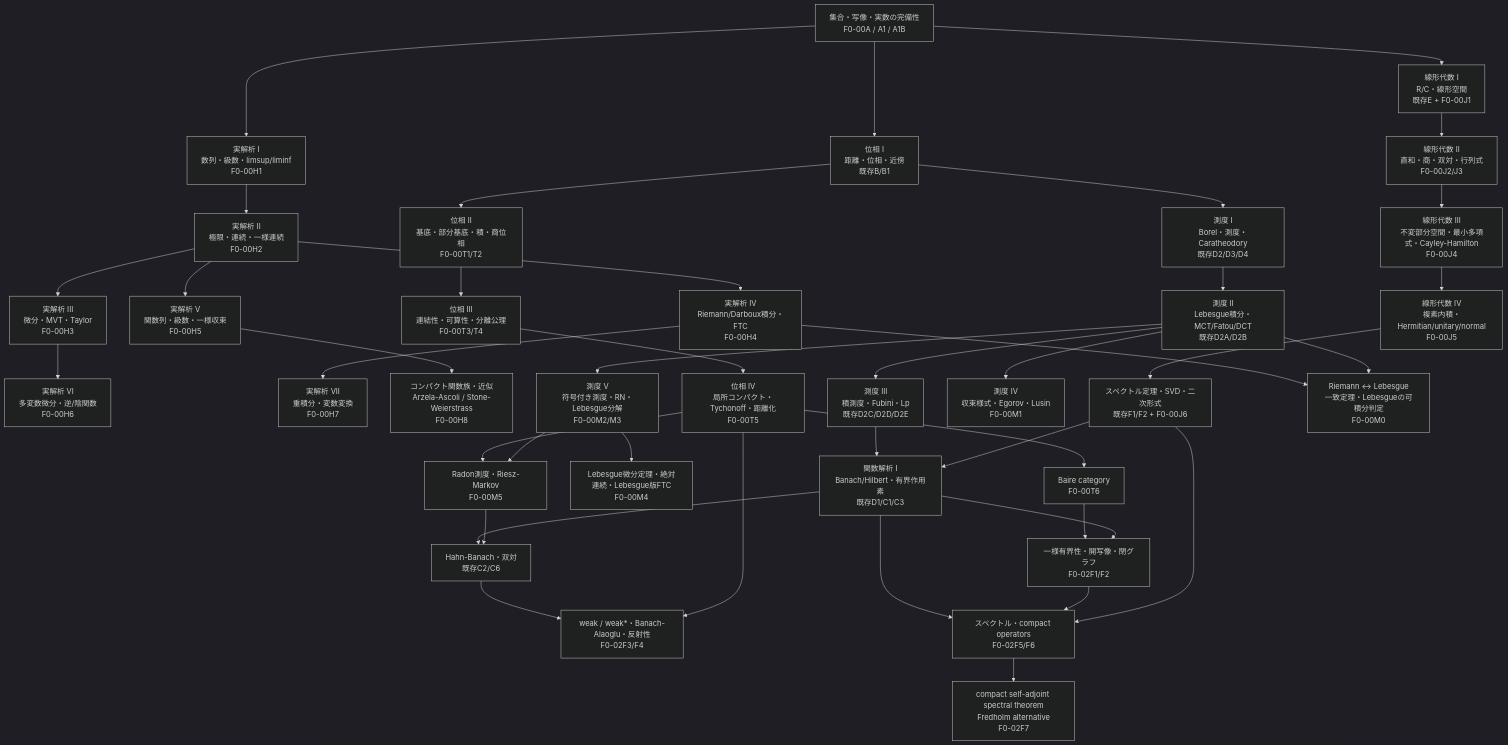
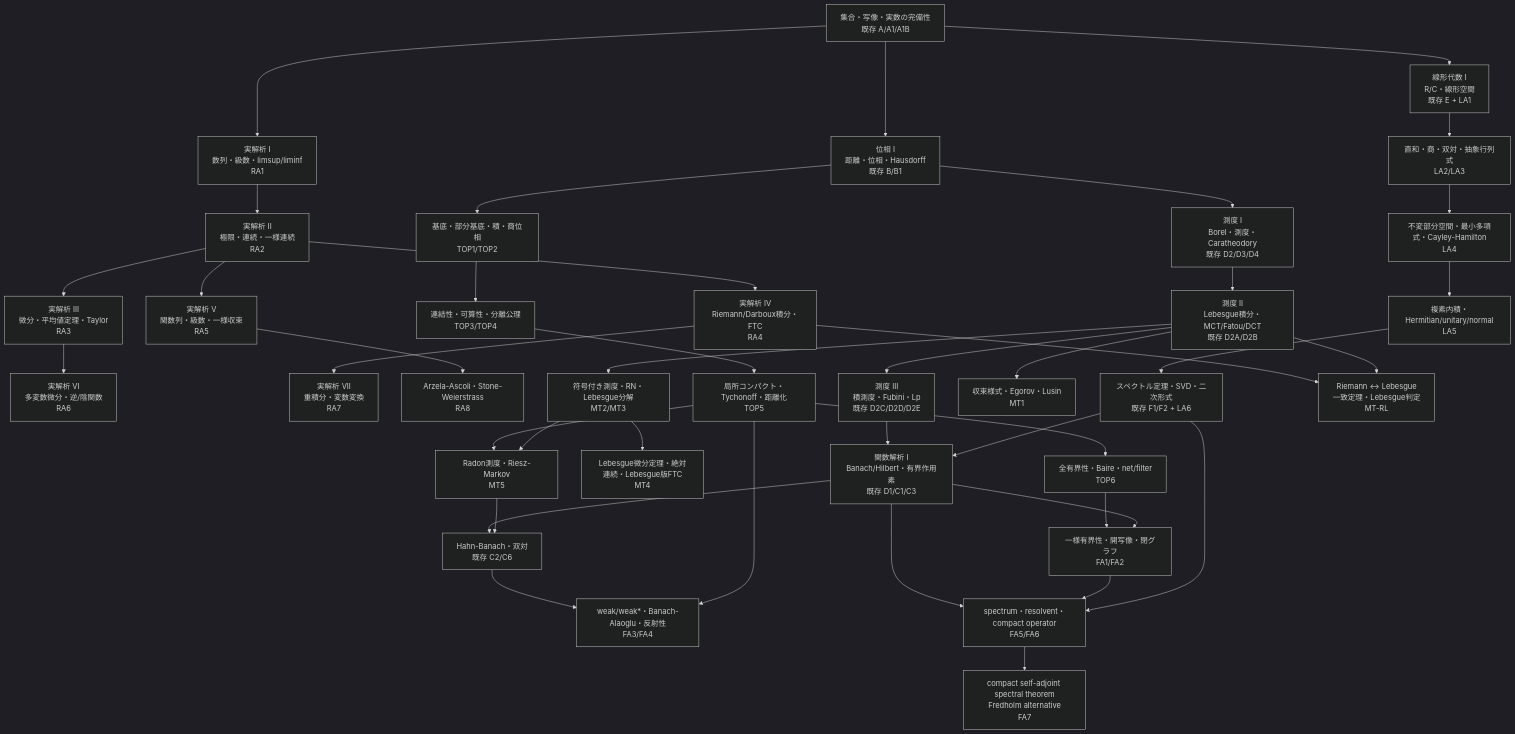
One commit to InSuns21/toukei-kentei_grade1_preparation changed the diagram in textbook/dream-theater-standard-math-core.md. Above: the diagram before and after it, drawn with Mermaid (dark theme). The commit also changed other lines of this file, not shown here.

Commit message:
docs: avoid chapter-id collisions in standard math roadmap

````diff
--- a/textbook/dream-theater-standard-math-core.md
+++ b/textbook/dream-theater-standard-math-core.md
@@ -32,52 +26,52 @@
 ```mermaid
 flowchart TD
-  A["集合・写像・実数の完備性<br/>F0-00A / A1 / A1B"]
+  A["集合・写像・実数の完備性<br/>既存 A/A1/A1B"]
 
-  A --> R1["実解析 I<br/>数列・級数・limsup/liminf<br/>F0-00H1"]
-  A --> L1["線形代数 I<br/>R/C・線形空間<br/>既存E + F0-00J1"]
-  A --> T1["位相 I<br/>距離・位相・近傍<br/>既存B/B1"]
+  A --> RA1["実解析 I<br/>数列・級数・limsup/liminf<br/>RA1"]
+  A --> LA1["線形代数 I<br/>R/C・線形空間<br/>既存 E + LA1"]
+  A --> TOP0["位相 I<br/>距離・位相・Hausdorff<br/>既存 B/B1"]
 
-  R1 --> R2["実解析 II<br/>極限・連続・一様連続<br/>F0-00H2"]
-  R2 --> R3["実解析 III<br/>微分・MVT・Taylor<br/>F0-00H3"]
-  R2 --> R4["実解析 IV<br/>Riemann/Darboux積分・FTC<br/>F0-00H4"]
-  R2 --> R5["実解析 V<br/>関数列・級数・一様収束<br/>F0-00H5"]
-  R3 --> R6["実解析 VI<br/>多変数微分・逆/陰関数<br/>F0-00H6"]
-  R4 --> R7["実解析 VII<br/>重積分・変数変換<br/>F0-00H7"]
-  R5 --> R8["コンパクト関数族・近似<br/>Arzela-Ascoli / Stone-Weierstrass<br/>F0-00H8"]
+  RA1 --> RA2["実解析 II<br/>極限・連続・一様連続<br/>RA2"]
+  RA2 --> RA3["実解析 III<br/>微分・平均値定理・Taylor<br/>RA3"]
+  RA2 --> RA4["実解析 IV<br/>Riemann/Darboux積分・FTC<br/>RA4"]
+  RA2 --> RA5["実解析 V<br/>関数列・級数・一様収束<br/>RA5"]
+  RA3 --> RA6["実解析 VI<br/>多変数微分・逆/陰関数<br/>RA6"]
+  RA4 --> RA7["実解析 VII<br/>重積分・変数変換<br/>RA7"]
+  RA5 --> RA8["Arzela-Ascoli・Stone-Weierstrass<br/>RA8"]
 
-  T1 --> T2["位相 II<br/>基底・部分基底・積・商位相<br/>F0-00T1/T2"]
-  T2 --> T3["位相 III<br/>連結性・可算性・分離公理<br/>F0-00T3/T4"]
-  T3 --> T4["位相 IV<br/>局所コンパクト・Tychonoff・距離化<br/>F0-00T5"]
-  T4 --> BAIRE["Baire category<br/>F0-00T6"]
+  TOP0 --> TOP1["基底・部分基底・積・商位相<br/>TOP1/TOP2"]
+  TOP1 --> TOP3["連結性・可算性・分離公理<br/>TOP3/TOP4"]
+  TOP3 --> TOP5["局所コンパクト・Tychonoff・距離化<br/>TOP5"]
+  TOP5 --> BAIRE["全有界性・Baire・net/filter<br/>TOP6"]
 
-  L1 --> L2["線形代数 II<br/>直和・商・双対・行列式<br/>F0-00J2/J3"]
-  L2 --> L3["線形代数 III<br/>不変部分空間・最小多項式・Cayley-Hamilton<br/>F0-00J4"]
-  L3 --> L4["線形代数 IV<br/>複素内積・Hermitian/unitary/normal<br/>F0-00J5"]
-  L4 --> L5["スペクトル定理・SVD・二次形式<br/>既存F1/F2 + F0-00J6"]
+  LA1 --> LA2["直和・商・双対・抽象行列式<br/>LA2/LA3"]
+  LA2 --> LA4["不変部分空間・最小多項式・Cayley-Hamilton<br/>LA4"]
+  LA4 --> LA5["複素内積・Hermitian/unitary/normal<br/>LA5"]
+  LA5 --> LA6["スペクトル定理・SVD・二次形式<br/>既存 F1/F2 + LA6"]
 
-  T1 --> M1["測度 I<br/>Borel・測度・Caratheodory<br/>既存D2/D3/D4"]
-  M1 --> M2["測度 II<br/>Lebesgue積分・MCT/Fatou/DCT<br/>既存D2A/D2B"]
-  M2 --> M3["測度 III<br/>積測度・Fubini・Lp<br/>既存D2C/D2D/D2E"]
-  M2 --> M4["測度 IV<br/>収束様式・Egorov・Lusin<br/>F0-00M1"]
-  M2 --> M5["測度 V<br/>符号付き測度・RN・Lebesgue分解<br/>F0-00M2/M3"]
+  TOP0 --> MT0["測度 I<br/>Borel・測度・Caratheodory<br/>既存 D2/D3/D4"]
+  MT0 --> MTI["測度 II<br/>Lebesgue積分・MCT/Fatou/DCT<br/>既存 D2A/D2B"]
+  MTI --> MTP["測度 III<br/>積測度・Fubini・Lp<br/>既存 D2C/D2D/D2E"]
+  MTI --> MT1["収束様式・Egorov・Lusin<br/>MT1"]
+  MTI --> MT2["符号付き測度・RN・Lebesgue分解<br/>MT2/MT3"]
 
-  R4 --> RL["Riemann ↔ Lebesgue<br/>一致定理・Lebesgueの可積分判定<br/>F0-00M0"]
-  M2 --> RL
+  RA4 --> RLB["Riemann ↔ Lebesgue<br/>一致定理・Lebesgue判定<br/>MT-RL"]
+  MTI --> RLB
 
-  M5 --> M6["Lebesgue微分定理・絶対連続・Lebesgue版FTC<br/>F0-00M4"]
-  T4 --> M7["Radon測度・Riesz-Markov<br/>F0-00M5"]
-  M5 --> M7
+  MT2 --> MT4["Lebesgue微分定理・絶対連続・Lebesgue版FTC<br/>MT4"]
+  TOP5 --> MT5["Radon測度・Riesz-Markov<br/>MT5"]
+  MT2 --> MT5
 
-  M3 --> F1["関数解析 I<br/>Banach/Hilbert・有界作用素<br/>既存D1/C1/C3"]
-  L5 --> F1
-  F1 --> HB["Hahn-Banach・双対<br/>既存C2/C6"]
-  BAIRE --> BIG3["一様有界性・開写像・閉グラフ<br/>F0-02F1/F2"]
-  F1 --> BIG3
-  HB --> WEAK["weak / weak*・Banach-Alaoglu・反射性<br/>F0-02F3/F4"]
-  T4 --> WEAK
-  F1 --> SPEC["スペクトル・compact operators<br/>F0-02F5/F6"]
-  BIG3 --> SPEC
-  L5 --> SPEC
-  SPEC --> CSPEC["compact self-adjoint spectral theorem<br/>Fredholm alternative<br/>F0-02F7"]
-  M7 --> HB
+  MTP --> FA0["関数解析 I<br/>Banach/Hilbert・有界作用素<br/>既存 D1/C1/C3"]
+  LA6 --> FA0
+  FA0 --> HB["Hahn-Banach・双対<br/>既存 C2/C6"]
+  BAIRE --> FA2["一様有界性・開写像・閉グラフ<br/>FA1/FA2"]
+  FA0 --> FA2
+  HB --> FA4["weak/weak*・Banach-Alaoglu・反射性<br/>FA3/FA4"]
+  TOP5 --> FA4
+  FA0 --> FA6["spectrum・resolvent・compact operator<br/>FA5/FA6"]
+  FA2 --> FA6
+  LA6 --> FA6
+  FA6 --> FA7["compact self-adjoint spectral theorem<br/>Fredholm alternative<br/>FA7"]
+  MT5 --> HB
 ```
````
